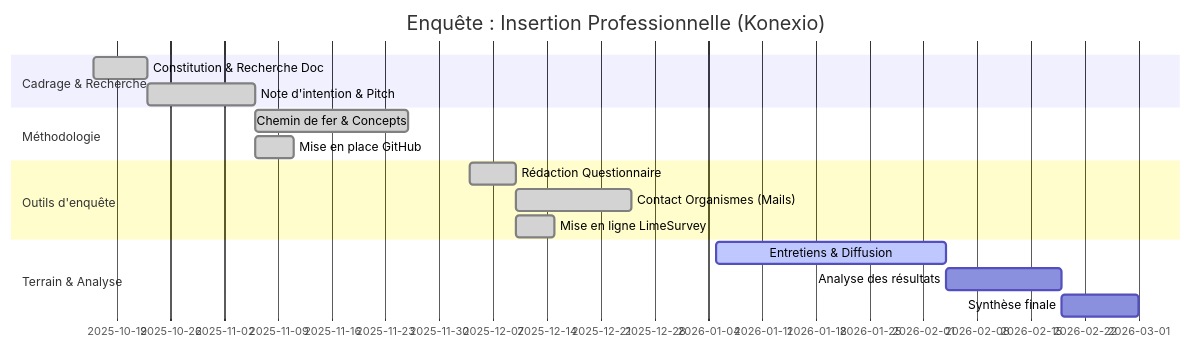
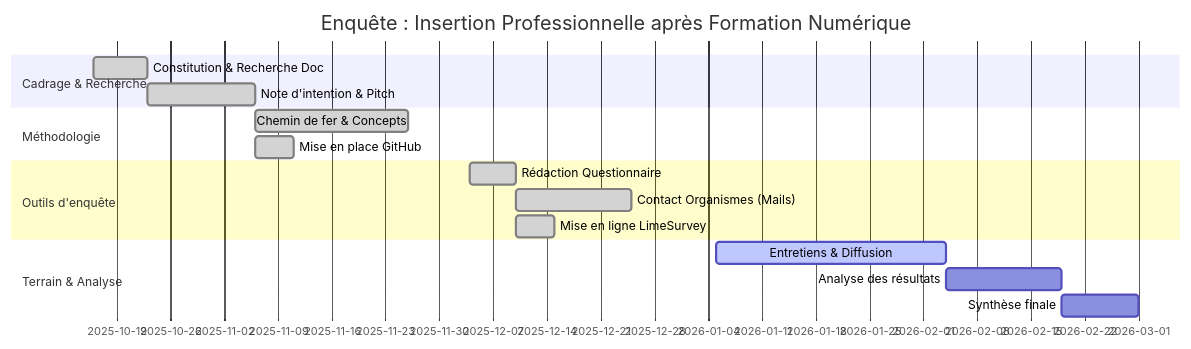
One commit to bouzidifatimazohra00-ux/inclusion-numerique-93 changed the diagram in diagramme de gantt IPN.md. Above: the diagram before and after it, drawn with Mermaid.

Commit message:
Update Gantt chart title for professional insertion

````diff
--- a/diagramme de gantt IPN.md
+++ b/diagramme de gantt IPN.md
@@ -1,24 +1,24 @@
 ```mermaid
 gantt
-    title Enquête : Insertion Professionnelle (Konexio)
+    title Enquête : Insertion Professionnelle après Formation Numérique
     dateFormat  YYYY-MM-DD
     
     section Cadrage & Recherche
     Constitution & Recherche Doc :done, t1, 2025-10-16, 7d
     Note d'intention & Pitch     :done, t2, 2025-10-23, 14d
     
     section Méthodologie
     Chemin de fer & Concepts     :done, t3, 2025-11-06, 20d
     Mise en place GitHub         :done, t4, 2025-11-06, 5d
     
     section Outils d'enquête
     Rédaction Questionnaire      :done, t5, 2025-12-04, 6d
     Contact Organismes (Mails)   :done, t6, 2025-12-10, 15d
     Mise en ligne LimeSurvey     :done, t7, after t5, 5d
     
     section Terrain & Analyse
     Entretiens & Diffusion       :active, t8, 2026-01-05, 30d
     Analyse des résultats        :t9, after t8, 15d
     Synthèse finale              :t10, after t9, 10d
 
 ``` 
````
